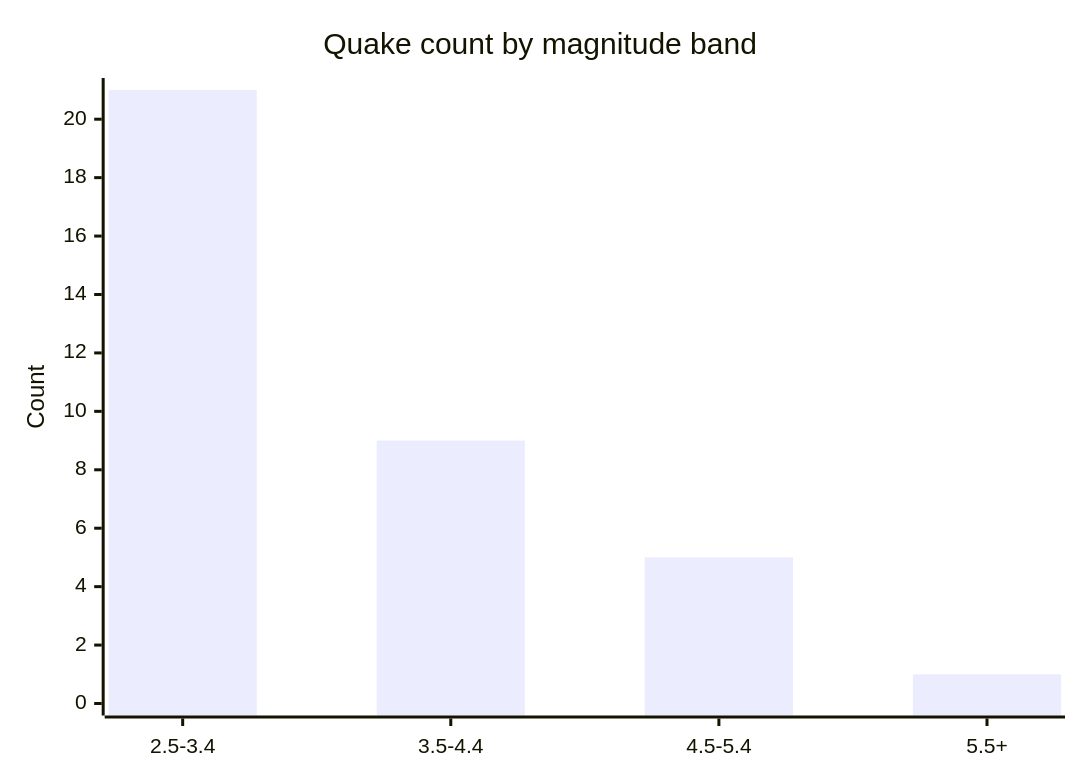
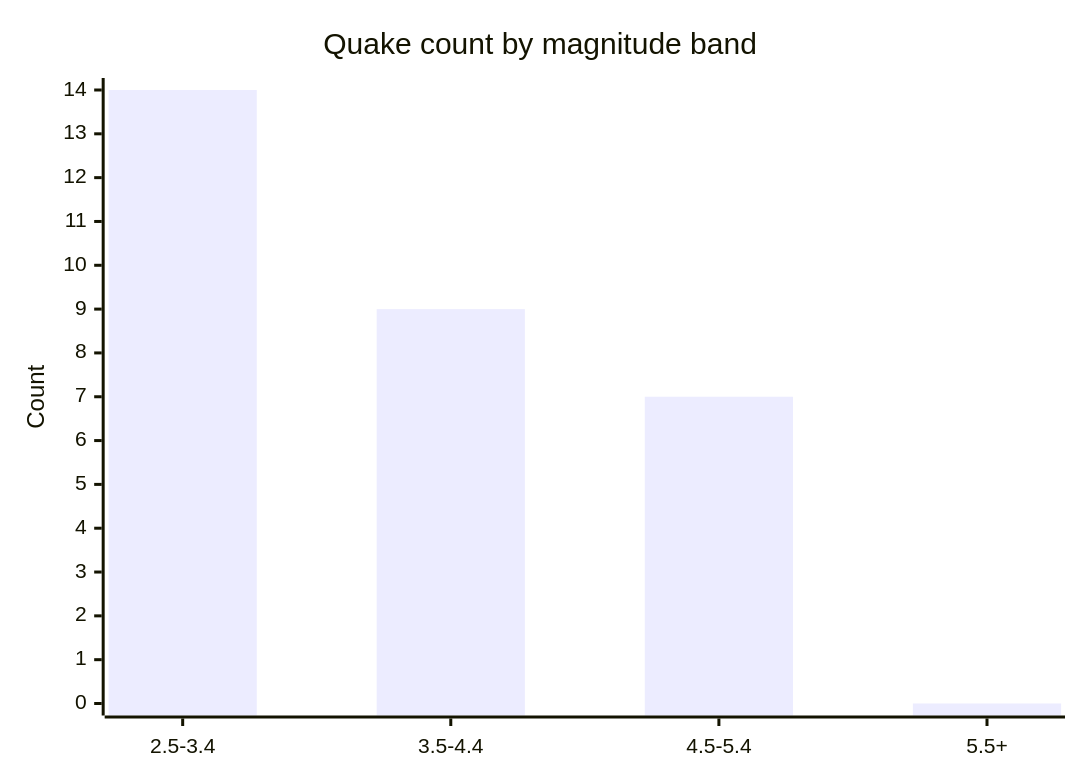
The fifth of 6 diagrams in docs/GRAPHS.md (Midwest-Stratospheric/aerostratospheric-defense-gir), drawn with Mermaid before and after one commit. The commit also changed other lines of this file and 24 other files, not shown here.

````diff
--- a/docs/GRAPHS.md
+++ b/docs/GRAPHS.md
@@ -82,7 +82,7 @@
 ```mermaid
 xychart-beta
   title "Quake count by magnitude band"
   x-axis ["2.5-3.4", "3.5-4.4", "4.5-5.4", "5.5+"]
-  y-axis "Count" 0 --> 21
-  bar [21, 9, 5, 1]
+  y-axis "Count" 0 --> 14
+  bar [14, 9, 7, 0]
 ```
````
